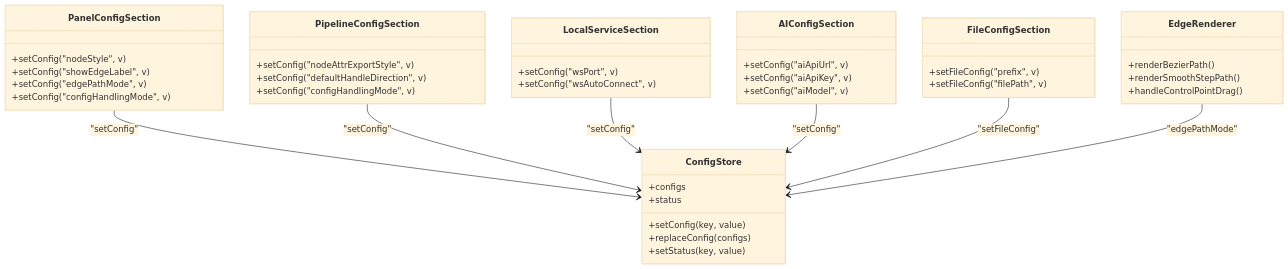
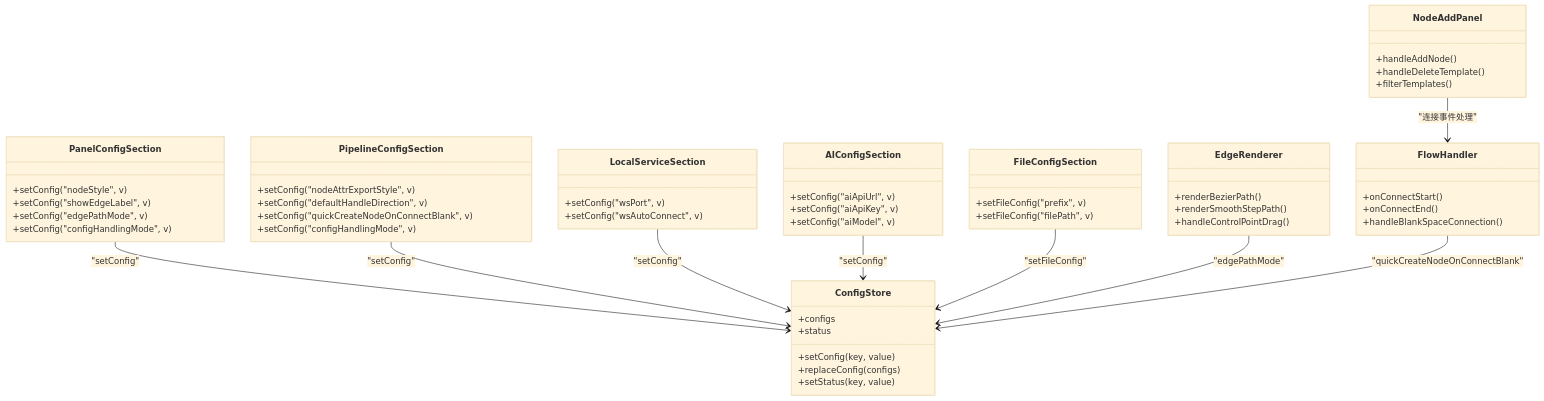
The fourth of 4 diagrams in .qoder/repowiki/zh/content/用户界面/面板系统/配置面板/配置面板.md (kqcoxn/MaaPipelineEditor), drawn with Mermaid (base theme) before and after one commit. The commit also changed other lines of this file and 22 other files, not shown here.

````diff
--- a/.qoder/repowiki/zh/content/用户界面/面板系统/配置面板/配置面板.md
+++ b/.qoder/repowiki/zh/content/用户界面/面板系统/配置面板/配置面板.md
@@ -301,45 +357,58 @@
 ```mermaid
 classDiagram
 class ConfigStore {
 +configs
 +setConfig(key, value)
 +replaceConfig(configs)
 +status
 +setStatus(key, value)
 }
 class PanelConfigSection {
 +setConfig("nodeStyle", v)
 +setConfig("showEdgeLabel", v)
 +setConfig("edgePathMode", v)
 +setConfig("configHandlingMode", v)
 }
 class PipelineConfigSection {
 +setConfig("nodeAttrExportStyle", v)
 +setConfig("defaultHandleDirection", v)
++setConfig("quickCreateNodeOnConnectBlank", v)
 +setConfig("configHandlingMode", v)
 }
 class LocalServiceSection {
 +setConfig("wsPort", v)
 +setConfig("wsAutoConnect", v)
 }
 class AIConfigSection {
 +setConfig("aiApiUrl", v)
 +setConfig("aiApiKey", v)
 +setConfig("aiModel", v)
 }
 class FileConfigSection {
 +setFileConfig("prefix", v)
 +setFileConfig("filePath", v)
 }
 class EdgeRenderer {
 +renderBezierPath()
 +renderSmoothStepPath()
 +handleControlPointDrag()
 }
+class FlowHandler {
++onConnectStart()
++onConnectEnd()
++handleBlankSpaceConnection()
+}
+class NodeAddPanel {
++handleAddNode()
++handleDeleteTemplate()
++filterTemplates()
+}
 PanelConfigSection --> ConfigStore : "setConfig"
 PipelineConfigSection --> ConfigStore : "setConfig"
 LocalServiceSection --> ConfigStore : "setConfig"
 AIConfigSection --> ConfigStore : "setConfig"
 FileConfigSection --> ConfigStore : "setFileConfig"
 EdgeRenderer --> ConfigStore : "edgePathMode"
+FlowHandler --> ConfigStore : "quickCreateNodeOnConnectBlank"
+NodeAddPanel --> FlowHandler : "连接事件处理"
 ```
````
